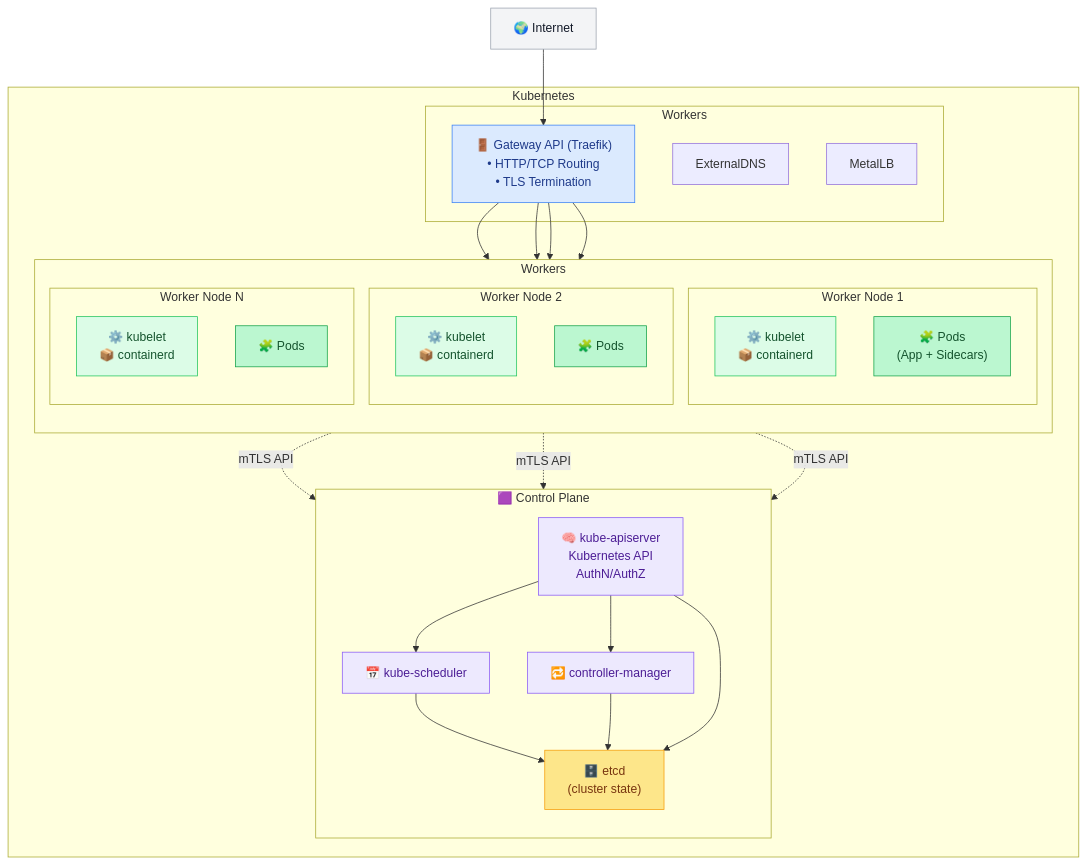
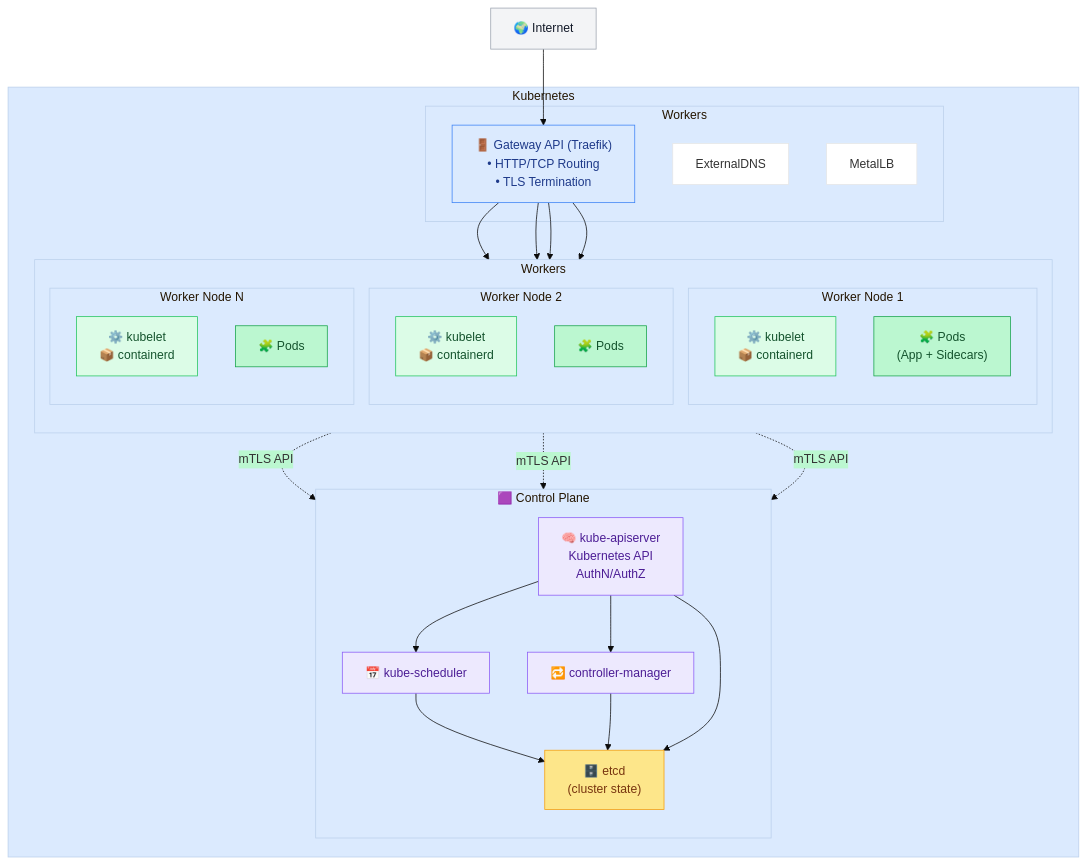
The diagram in schemas/k8s-architecture.mmd (kakwa/technically), drawn with Mermaid before and after one commit.

Commit message:
color tweaks

```diff
--- a/schemas/k8s-architecture.mmd
+++ b/schemas/k8s-architecture.mmd
@@ -1,89 +1,98 @@
+---
+config:
+  theme: 'base'
+  themeVariables:
+    primaryColor: '#fff'
+    tertiaryColor: '#dbeafe'
+    secondaryColor: '#bbf7d0'
+---
+
 flowchart TB
 
     %% ========== STYLES ==========
     classDef internet fill:#f3f4f6,stroke:#9ca3af,color:#111827
     classDef gateway fill:#dbeafe,stroke:#3b82f6,color:#1e3a8a
     classDef worker fill:#dcfce7,stroke:#22c55e,color:#14532d
     classDef pod fill:#bbf7d0,stroke:#16a34a,color:#14532d
     classDef control fill:#ede9fe,stroke:#8b5cf6,color:#4c1d95
     classDef etcd fill:#fde68a,stroke:#f59e0b,color:#78350f
     classDef k8s fill:#f3f4f6,stroke:#9ca3af,color:#111827
 
     %% ========== INTERNET ==========
     Internet["🌍 Internet"]
     class Internet internet
 
     subgraph K8S["Kubernetes"]
     class K8S k8s
     %% ========== GATEWAY ==========
     subgraph AddOns["Workers"]
         Gateway["🚪 Gateway API (Traefik)\n• HTTP/TCP Routing\n• TLS Termination"]
         class Gateway gateway
         ExternalDNS["ExternalDNS"]
         MetalLB["MetalLB"]
     end
 
     %% ========== WORKER RUNTIME ==========
     subgraph Runtime["Workers"]
         direction TB
 
         subgraph W1["Worker Node 1"]
             W1_stack["⚙️ kubelet\n📦 containerd"]
             W1_pods["🧩 Pods\n(App + Sidecars)"]
             class W1_stack worker
             class W1_pods pod
         end
 
         subgraph W2["Worker Node 2"]
             W2_stack["⚙️ kubelet\n📦 containerd"]
             W2_pods["🧩 Pods"]
             class W2_stack worker
             class W2_pods pod
         end
 
         subgraph WN["Worker Node N"]
             WN_stack["⚙️ kubelet\n📦 containerd"]
             WN_pods["🧩 Pods"]
             class WN_stack worker
             class WN_pods pod
         end
     end
 
     %% ========== CONTROL PLANE ==========
     subgraph ControlPlane["🟪 Control Plane"]
         direction TB
 
         API["🧠 kube-apiserver\nKubernetes API\nAuthN/AuthZ"]
         Scheduler["📅 kube-scheduler"]
         Controller["🔁 controller-manager"]
         Etcd["🗄️ etcd\n(cluster state)"]
 
         class API control
         class Scheduler control
         class Controller control
         class Etcd etcd
     end
     class K8S k8s
     end
 
 
     %% ========== FLOWS ==========
     Internet --> Gateway
     Gateway --> Runtime
 
     %% Gateway to pods
     Gateway --> W1_pods
     Gateway --> W2_pods
     Gateway --> WN_pods
 
     %% Control plane communication
     W1_stack -. "mTLS API" .-> API
     W2_stack -. "mTLS API" .-> API
     WN_stack -. "mTLS API" .-> API
 
     %% Control plane internals
     API --> Scheduler
     API --> Controller
     Scheduler --> Etcd
     Controller --> Etcd
     API --> Etcd
```
